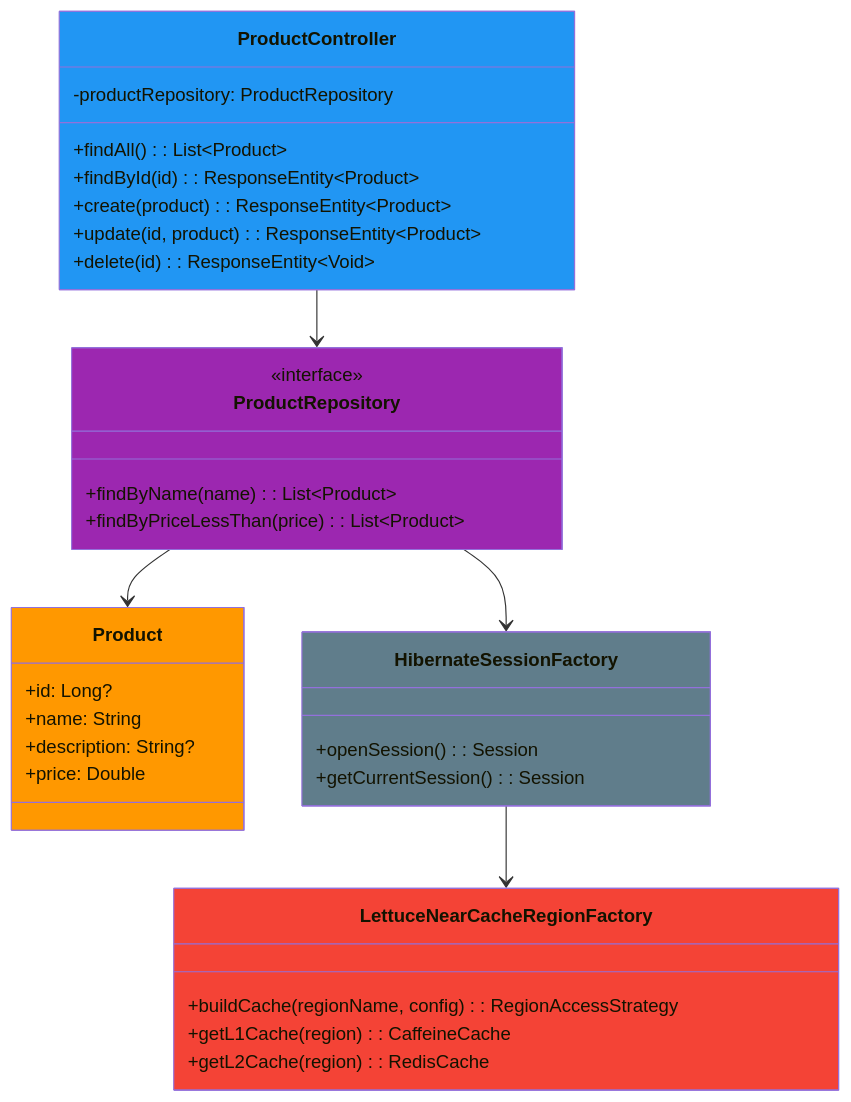
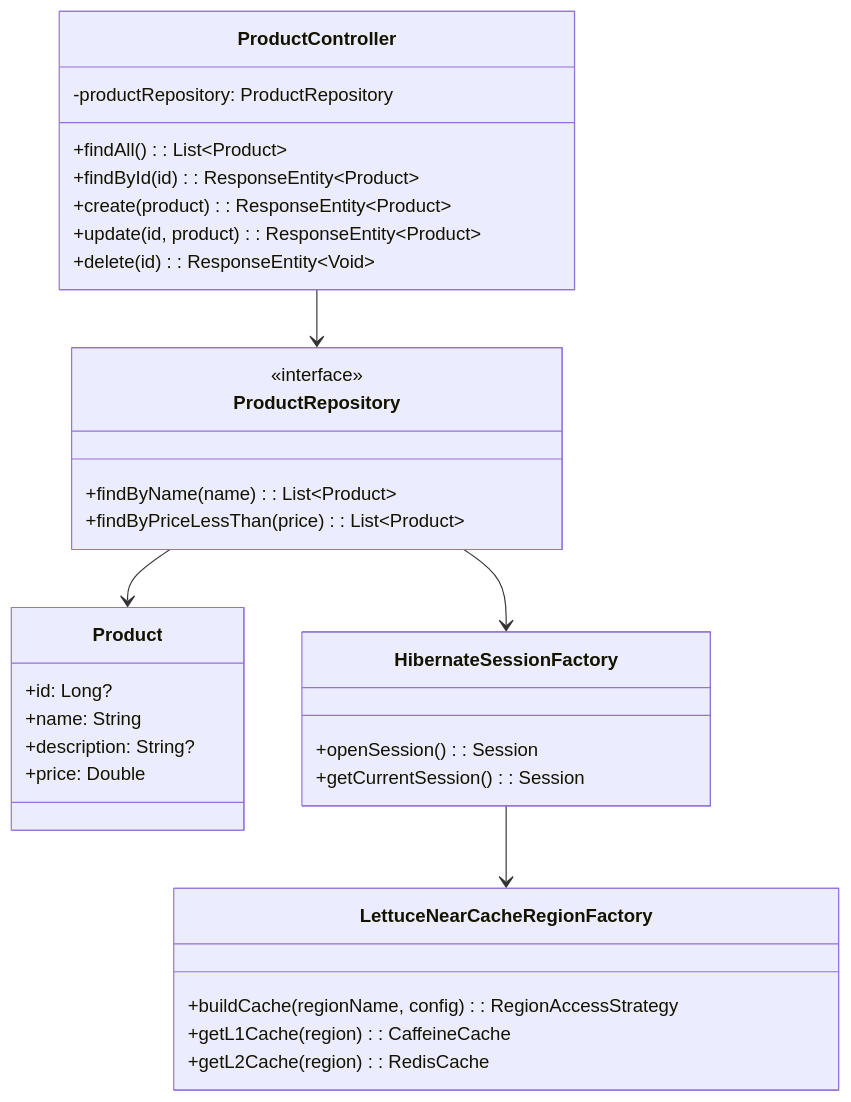
Before and after one commit to bluetape4k/bluetape4k-projects: the first of 2 diagrams in spring-boot4/hibernate-lettuce-demo/README.md, drawn with Mermaid. The commit also changed 95 other files, not shown here.

First line of the commit message:
docs: Mermaid 파서 오류 전체 수정 (IntelliJ IDEA 호환)

````diff
--- a/spring-boot4/hibernate-lettuce-demo/README.md
+++ b/spring-boot4/hibernate-lettuce-demo/README.md
@@ -9,42 +9,36 @@
 ```mermaid
 classDiagram
-    class ProductController:::controllerStyle {
+    class ProductController {
         -productRepository: ProductRepository
         +findAll(): List~Product~
         +findById(id): ResponseEntity~Product~
         +create(product): ResponseEntity~Product~
         +update(id, product): ResponseEntity~Product~
         +delete(id): ResponseEntity~Void~
     }
-    class ProductRepository:::repoStyle {
+    class ProductRepository {
         <<interface>>
         +findByName(name): List~Product~
         +findByPriceLessThan(price): List~Product~
     }
-    class Product:::entityStyle {
+    class Product {
         +id: Long?
         +name: String
         +description: String?
         +price: Double
     }
-    class LettuceNearCacheRegionFactory:::cacheStyle {
+    class LettuceNearCacheRegionFactory {
         +buildCache(regionName, config): RegionAccessStrategy
         +getL1Cache(region): CaffeineCache
         +getL2Cache(region): RedisCache
     }
-    class HibernateSessionFactory:::configStyle {
+    class HibernateSessionFactory {
         +openSession(): Session
         +getCurrentSession(): Session
     }
-    classDef controllerStyle fill:#2196F3
-    classDef serviceStyle fill:#4CAF50
-    classDef repoStyle fill:#9C27B0
-    classDef entityStyle fill:#FF9800
-    classDef configStyle fill:#607D8B
-    classDef cacheStyle fill:#F44336
 
     ProductController --> ProductRepository
     ProductRepository --> Product
     HibernateSessionFactory --> LettuceNearCacheRegionFactory
     ProductRepository --> HibernateSessionFactory
 ```
````
